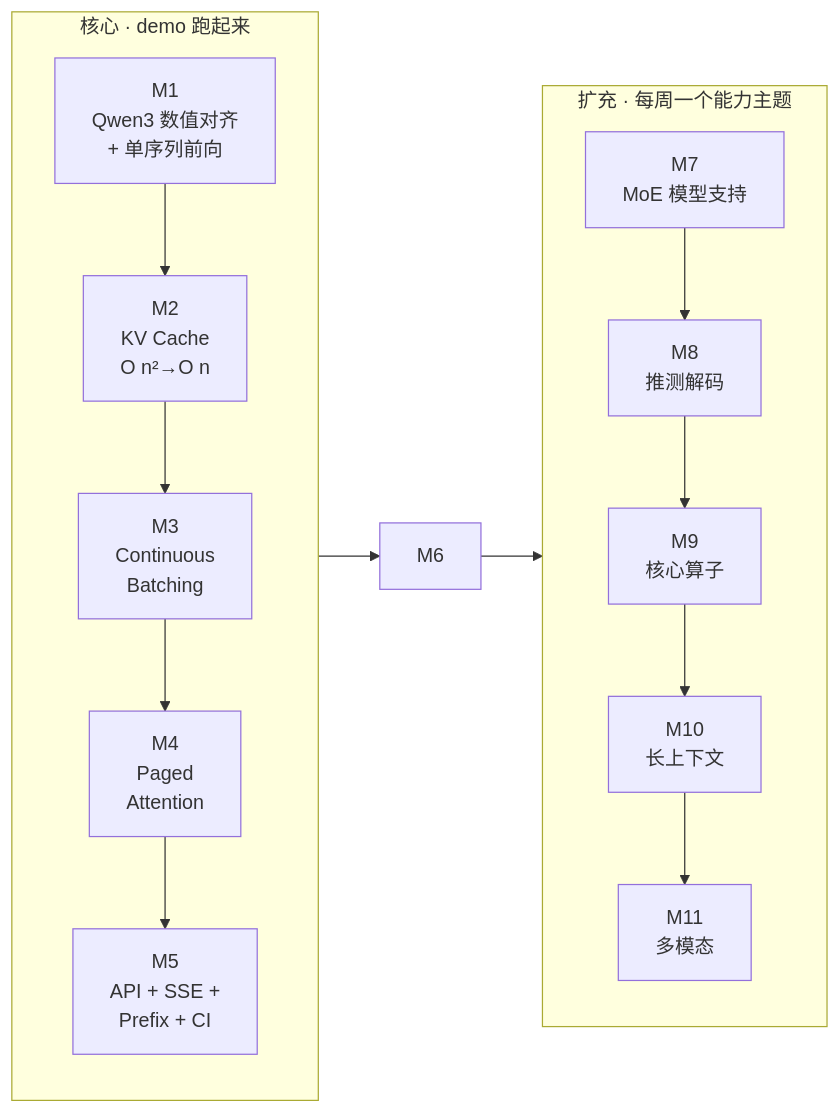
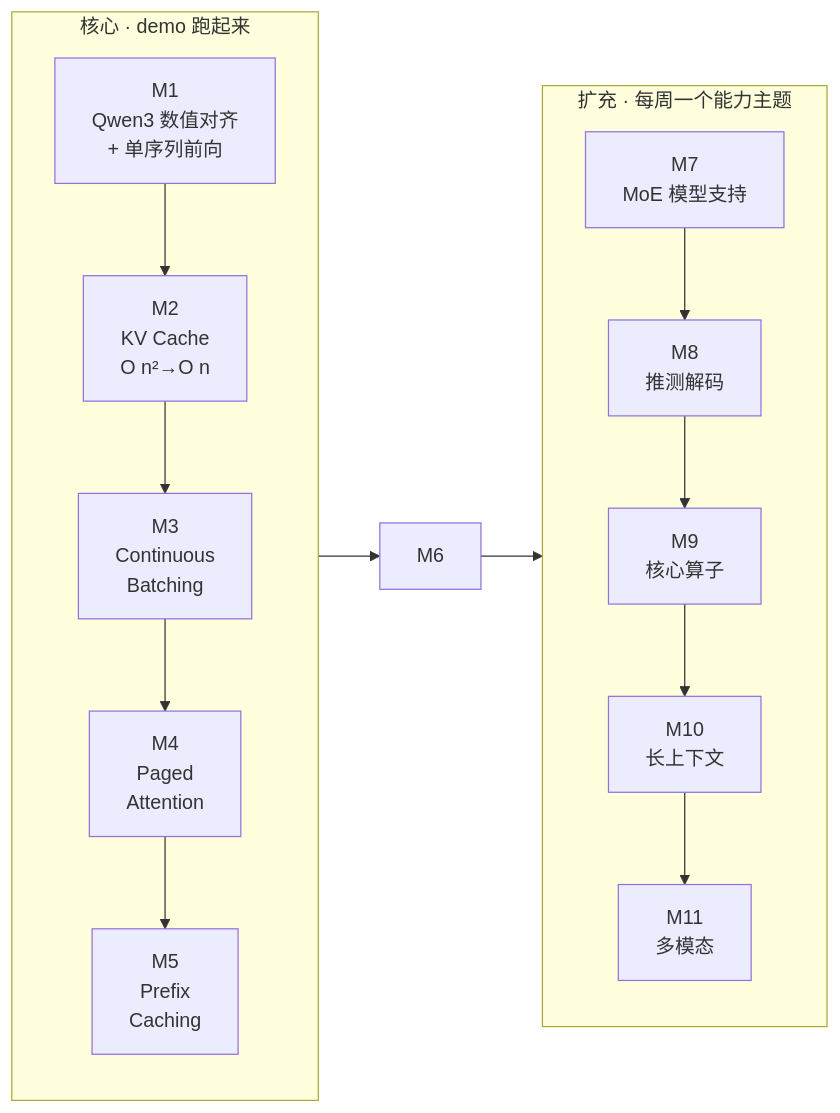
The diagram in README.md (luhao-lab/inferlite), drawn with Mermaid before and after one commit. The commit also changed other lines of this file and 8 other files, not shown here.

````diff
--- a/README.md
+++ b/README.md
@@ -46,26 +46,26 @@
 ```mermaid
 flowchart LR
     subgraph CORE [核心 · demo 跑起来]
         direction TB
         M1[M1<br/>Qwen3 数值对齐<br/>+ 单序列前向]
         M2[M2<br/>KV Cache<br/>O n²→O n ]
         M3[M3<br/>Continuous<br/>Batching]
         M4[M4<br/>Paged<br/>Attention]
-        M5[M5<br/>API + SSE +<br/>Prefix + CI]
+        M5[M5<br/>Prefix<br/>Caching]
         M1 --> M2 --> M3 --> M4 --> M5
     end
     subgraph EXT [扩充 · 每周一个能力主题]
         direction TB
         M7[M7<br/>MoE 模型支持]
         M8[M8<br/>推测解码]
         M9[M9<br/>核心算子]
         M10[M10<br/>长上下文]
         M11[M11<br/>多模态]
     end
     M5 --> M6
     M6 --> M7
     M7 --> M8
     M8 --> M9
     M9 --> M10
     M10 --> M11
 ```
````
